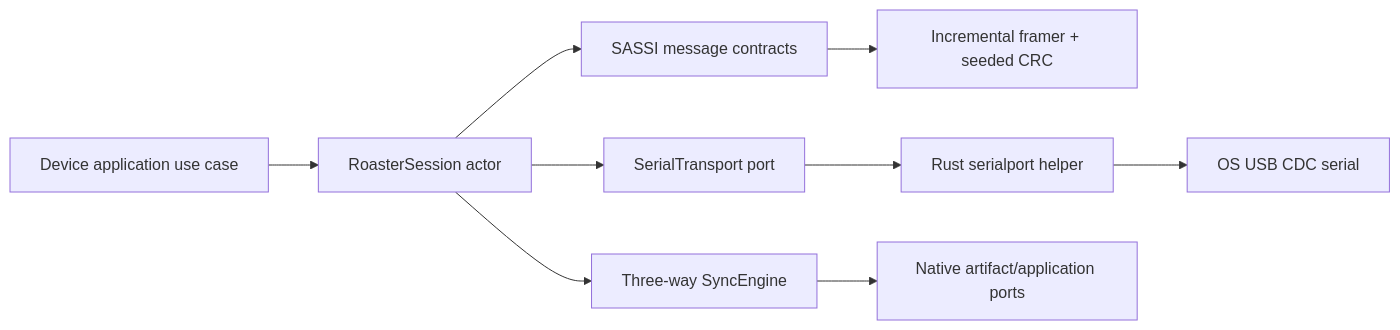
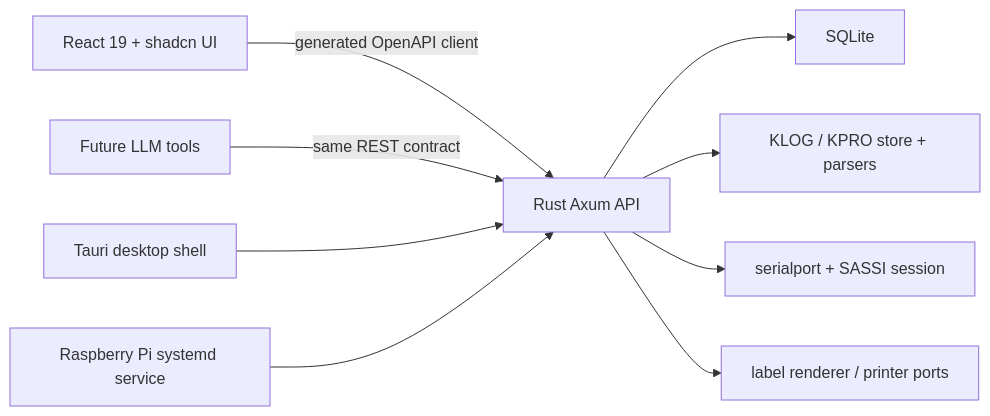
One commit to xavierroma/tan-studio changed the first of 2 diagrams in docs/04-technical-specification.md. Above: the diagram before and after it, drawn with Mermaid. The commit also changed other lines of this file and 35 other files, not shown here.

````diff
--- a/docs/04-technical-specification.md
+++ b/docs/04-technical-specification.md
@@ -1294,11 +24,11 @@
 ```mermaid
 flowchart LR
-    UseCase["Device application use case"] --> Session["RoasterSession actor"]
-    Session --> Protocol["SASSI message contracts"]
-    Protocol --> Codec["Incremental framer + seeded CRC"]
-    Session --> Transport["SerialTransport port"]
-    Transport --> Rust["Rust serialport helper"]
-    Rust --> CDC["OS USB CDC serial"]
-    Session --> Sync["Three-way SyncEngine"]
-    Sync --> Files["Native artifact/application ports"]
+    UI["React 19 + shadcn UI"] -->|"generated OpenAPI client"| API["Rust Axum API"]
+    Agent["Future LLM tools"] -->|"same REST contract"| API
+    API --> DB["SQLite"]
+    API --> Native["KLOG / KPRO store + parsers"]
+    API --> USB["serialport + SASSI session"]
+    API --> Labels["label renderer / printer ports"]
+    Tauri["Tauri desktop shell"] --> API
+    Pi["Raspberry Pi systemd service"] --> API
 ```
````
